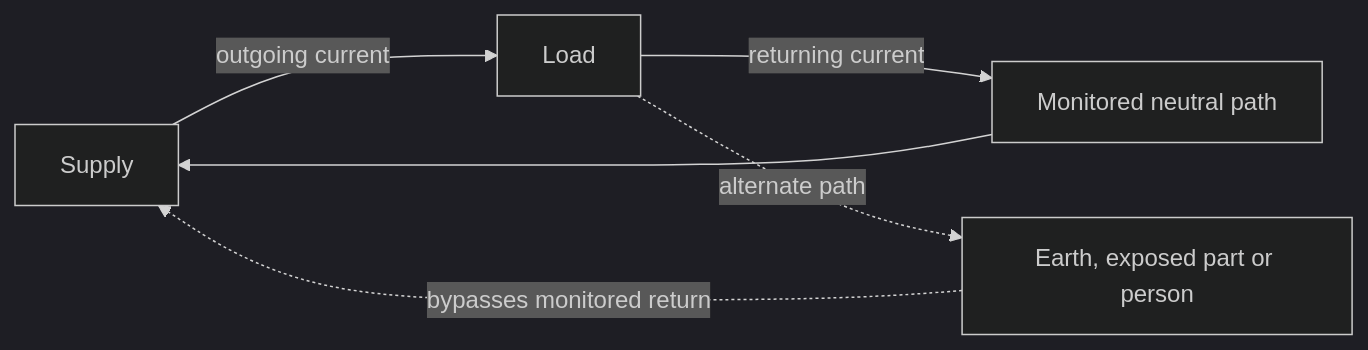
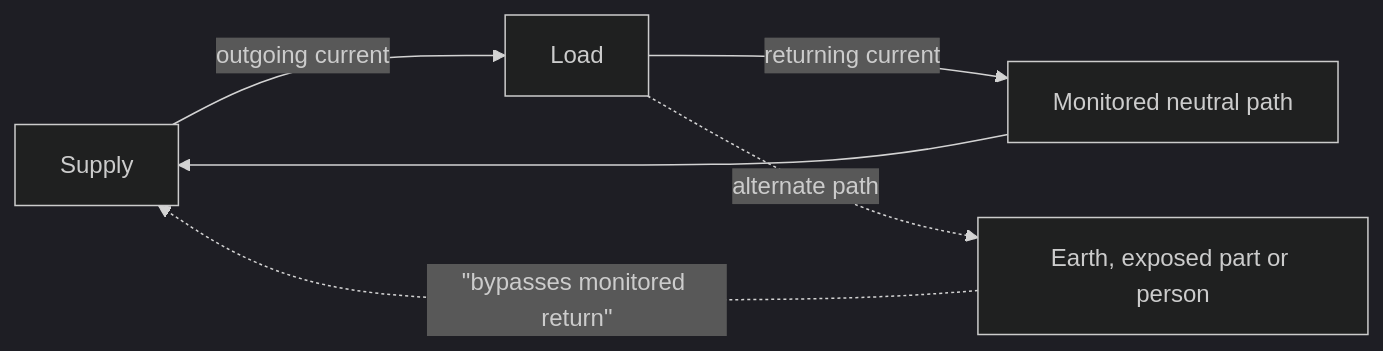
Before and after one commit to andrew3stedall/capstone: the second of 2 diagrams in docs/learning-plans/4-week/modules/day-04-rcd-protection-and-additional-protection.md, drawn with Mermaid (dark theme).

Commit message:
docs: sync four-week navigation and rendering

````diff
--- a/docs/learning-plans/4-week/modules/day-04-rcd-protection-and-additional-protection.md
+++ b/docs/learning-plans/4-week/modules/day-04-rcd-protection-and-additional-protection.md
@@ -188,8 +188,8 @@
 ```mermaid
 flowchart LR
     S["Supply"] -->|"outgoing current"| L["Load"]
     L -->|"returning current"| R["Monitored neutral path"]
     R --> S
     L -. "alternate path" .-> X["Earth, exposed part or person"]
-    X -. "bypasses monitored return" .-> S
+    X -.->|"&quot;bypasses monitored return&quot;"| S
 ```
````
